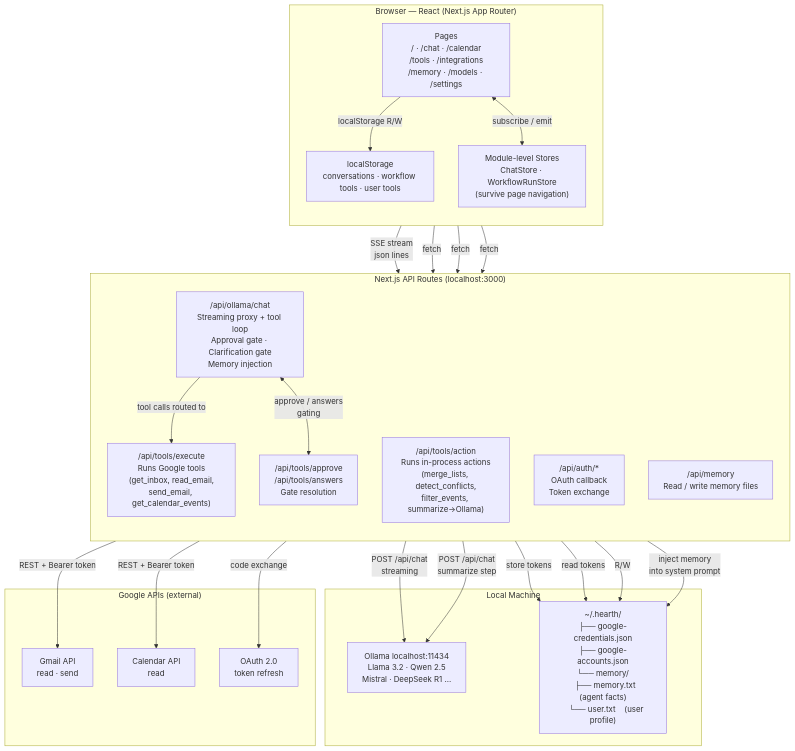
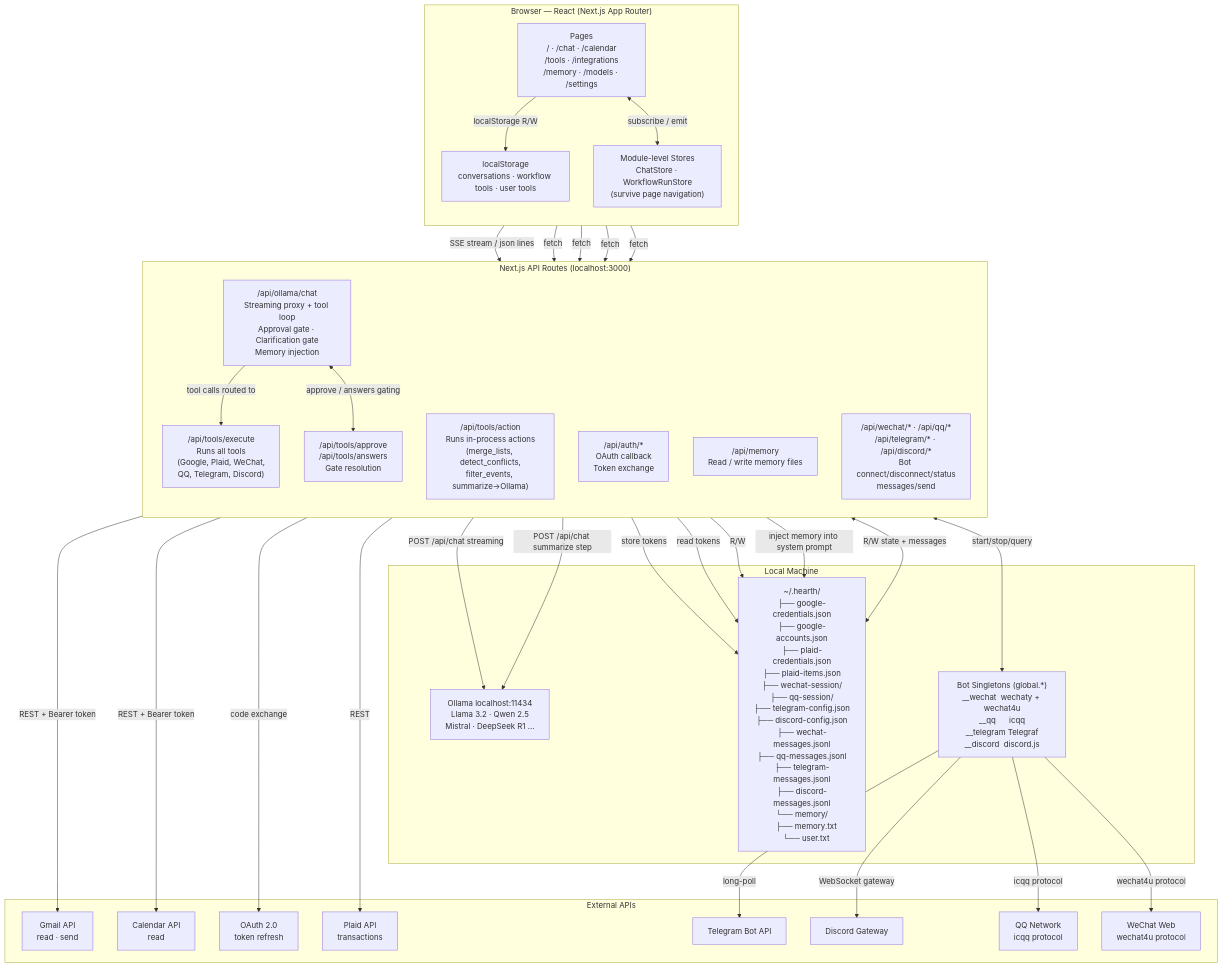
The diagram in docs/system-design.md (yulongkelly/Hearth), drawn with Mermaid before and after one commit. The commit also changed other lines of this file, not shown here.

Commit message:
docs: update system design with QQ, Telegram, Discord, and Plaid

````diff
--- a/docs/system-design.md
+++ b/docs/system-design.md
@@ -5,57 +5,74 @@
 ```mermaid
 graph TB
     subgraph Browser["Browser — React (Next.js App Router)"]
         direction TB
         Pages["Pages\n/ · /chat · /calendar\n/tools · /integrations\n/memory · /models · /settings"]
         LS["localStorage\nconversations · workflow tools · user tools"]
         GS["Module-level Stores\nChatStore · WorkflowRunStore\n(survive page navigation)"]
     end
 
     subgraph Server["Next.js API Routes (localhost:3000)"]
         direction TB
         OllamaRoute["/api/ollama/chat\nStreaming proxy + tool loop\nApproval gate · Clarification gate\nMemory injection"]
-        ToolExec["/api/tools/execute\nRuns Google tools\n(get_inbox, read_email,\nsend_email, get_calendar_events)"]
+        ToolExec["/api/tools/execute\nRuns all tools\n(Google, Plaid, WeChat,\nQQ, Telegram, Discord)"]
         ActionExec["/api/tools/action\nRuns in-process actions\n(merge_lists, detect_conflicts,\nfilter_events, summarize→Ollama)"]
         AuthRoutes["/api/auth/*\nOAuth callback\nToken exchange"]
         MemRoute["/api/memory\nRead / write memory files"]
         ApproveRoutes["/api/tools/approve\n/api/tools/answers\nGate resolution"]
+        MsgRoutes["/api/wechat/* · /api/qq/*\n/api/telegram/* · /api/discord/*\nBot connect/disconnect/status\nmessages/send"]
     end
 
     subgraph LocalMachine["Local Machine"]
         Ollama["Ollama  localhost:11434\nLlama 3.2 · Qwen 2.5\nMistral · DeepSeek R1 …"]
-        FS["~/.hearth/\n├── google-credentials.json\n├── google-accounts.json\n└── memory/\n    ├── memory.txt  (agent facts)\n    └── user.txt    (user profile)"]
+        FS["~/.hearth/\n├── google-credentials.json\n├── google-accounts.json\n├── plaid-credentials.json\n├── plaid-items.json\n├── wechat-session/\n├── qq-session/\n├── telegram-config.json\n├── discord-config.json\n├── wechat-messages.jsonl\n├── qq-messages.jsonl\n├── telegram-messages.jsonl\n├── discord-messages.jsonl\n└── memory/\n    ├── memory.txt\n    └── user.txt"]
+        Bots["Bot Singletons (global.*)\n__wechat  wechaty + wechat4u\n__qq      icqq\n__telegram Telegraf\n__discord  discord.js"]
     end
 
-    subgraph GoogleAPIs["Google APIs (external)"]
+    subgraph ExternalAPIs["External APIs"]
         Gmail["Gmail API\nread · send"]
         GCal["Calendar API\nread"]
         OAuth["OAuth 2.0\ntoken refresh"]
+        Plaid["Plaid API\ntransactions"]
+        TelegramAPI["Telegram Bot API"]
+        DiscordAPI["Discord Gateway"]
+        QQNet["QQ Network\nicqq protocol"]
+        WeChatNet["WeChat Web\nwechat4u protocol"]
     end
 
     %% Browser ↔ Server
-    Pages -->|"SSE stream\njson lines"| OllamaRoute
+    Pages -->|"SSE stream / json lines"| OllamaRoute
     Pages -->|"fetch"| ToolExec
     Pages -->|"fetch"| ActionExec
     Pages -->|"fetch"| MemRoute
+    Pages -->|"fetch"| MsgRoutes
     Pages -->|"localStorage R/W"| LS
     Pages <-->|"subscribe / emit"| GS
 
     %% Server ↔ Ollama
-    OllamaRoute -->|"POST /api/chat\nstreaming"| Ollama
-    ActionExec -->|"POST /api/chat\nsummarize step"| Ollama
+    OllamaRoute -->|"POST /api/chat streaming"| Ollama
+    ActionExec -->|"POST /api/chat summarize step"| Ollama
 
-    %% Server ↔ Google
+    %% Server ↔ External
     ToolExec -->|"REST + Bearer token"| Gmail
     ToolExec -->|"REST + Bearer token"| GCal
     AuthRoutes -->|"code exchange"| OAuth
+    ToolExec -->|"REST"| Plaid
     OllamaRoute -->|"tool calls routed to"| ToolExec
 
     %% Server ↔ FS
     AuthRoutes -->|"store tokens"| FS
     ToolExec -->|"read tokens"| FS
     MemRoute -->|"R/W"| FS
-    OllamaRoute -->|"inject memory\ninto system prompt"| FS
+    OllamaRoute -->|"inject memory into system prompt"| FS
+    MsgRoutes <-->|"R/W state + messages"| FS
 
-    %% Tool loop detail
-    OllamaRoute <-->|"approve / answers\ngating"| ApproveRoutes
+    %% Bot singletons ↔ networks
+    Bots -->|"wechat4u protocol"| WeChatNet
+    Bots -->|"icqq protocol"| QQNet
+    Bots -->|"long-poll"| TelegramAPI
+    Bots -->|"WebSocket gateway"| DiscordAPI
+    MsgRoutes <-->|"start/stop/query"| Bots
+
+    %% Tool loop
+    OllamaRoute <-->|"approve / answers gating"| ApproveRoutes
 ```
````
